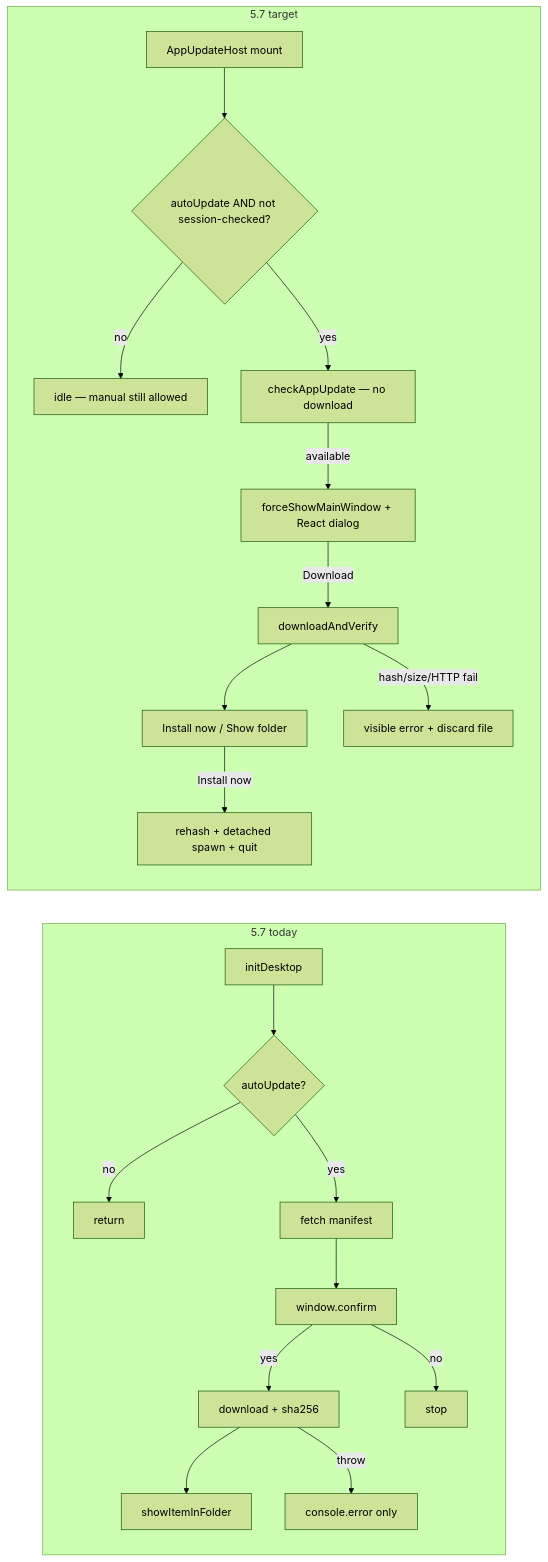
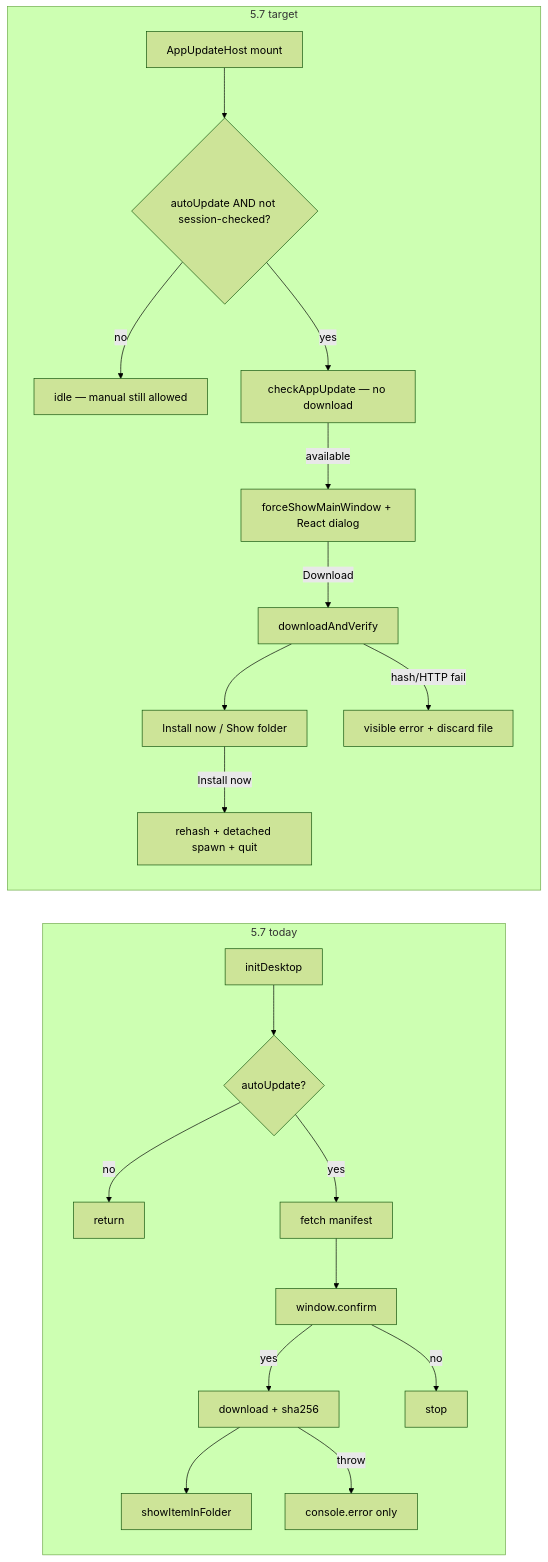
One commit to trustcrypto/OnlyKey-App changed the first of 4 diagrams in docs/design-app-auto-update.md. Above: the diagram before and after it, drawn with Mermaid (forest theme). The commit also changed other lines of this file and 2 other files, not shown here.

First line of the commit message:
desktop: treat manifest size as progress only, not integrity

````diff
--- a/docs/design-app-auto-update.md
+++ b/docs/design-app-auto-update.md
@@ -109,24 +109,24 @@
 ```mermaid
 flowchart LR
   subgraph today [5.7 today]
     A1[initDesktop] --> A2{autoUpdate?}
     A2 -->|no| A3[return]
     A2 -->|yes| A4[fetch manifest]
     A4 --> A5[window.confirm]
     A5 -->|yes| A6[download + sha256]
     A6 --> A7[showItemInFolder]
     A5 -->|no| A8[stop]
     A6 -->|throw| A9[console.error only]
   end
 
   subgraph target [5.7 target]
     B1[AppUpdateHost mount] --> B2{autoUpdate AND not session-checked?}
     B2 -->|no| B3[idle — manual still allowed]
     B2 -->|yes| B4[checkAppUpdate — no download]
     B4 -->|available| B5[forceShowMainWindow + React dialog]
     B5 -->|Download| B6[downloadAndVerify]
     B6 --> B7[Install now / Show folder]
     B7 -->|Install now| B8[rehash + detached spawn + quit]
-    B6 -->|hash/size/HTTP fail| B9[visible error + discard file]
+    B6 -->|hash/HTTP fail| B9[visible error + discard file]
   end
 ```
````
